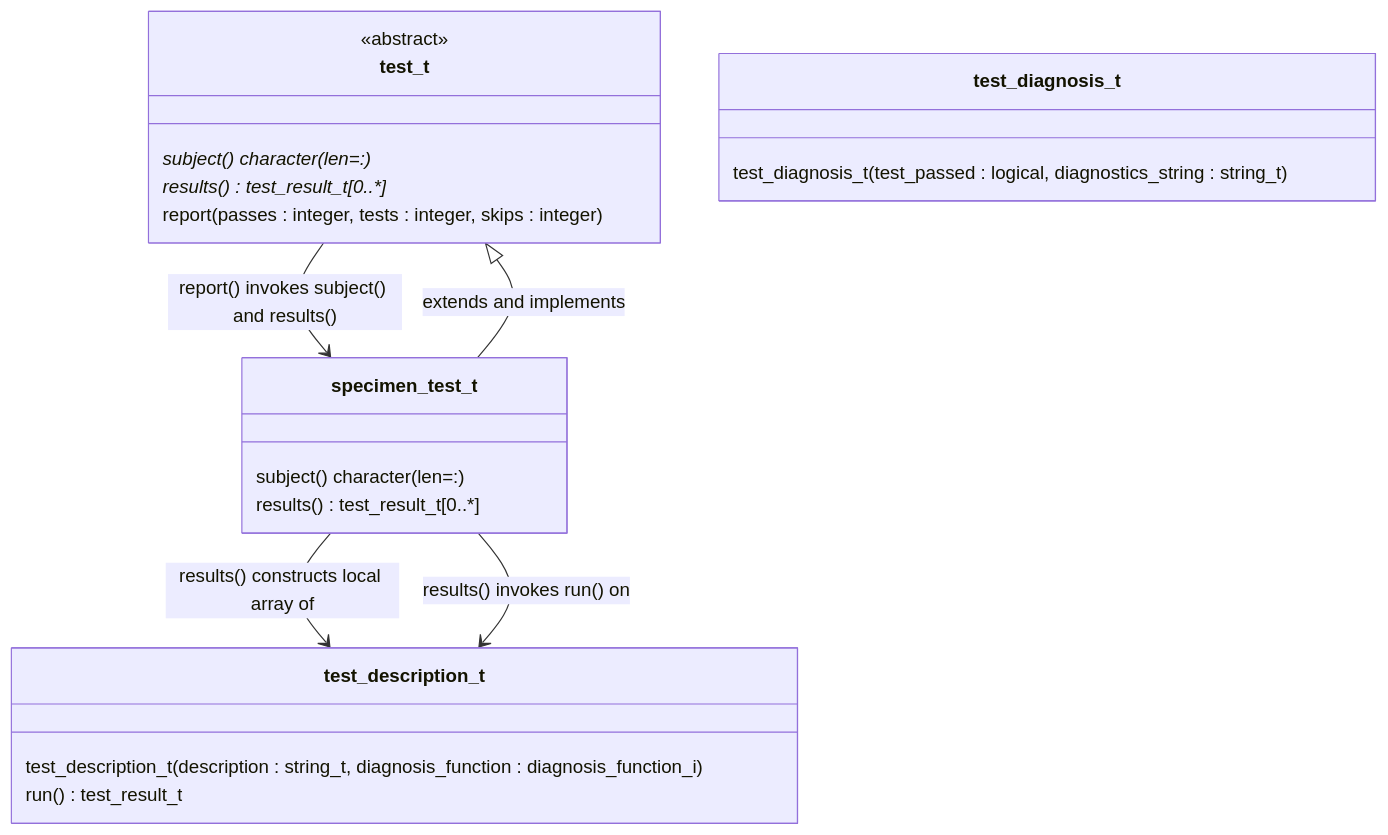
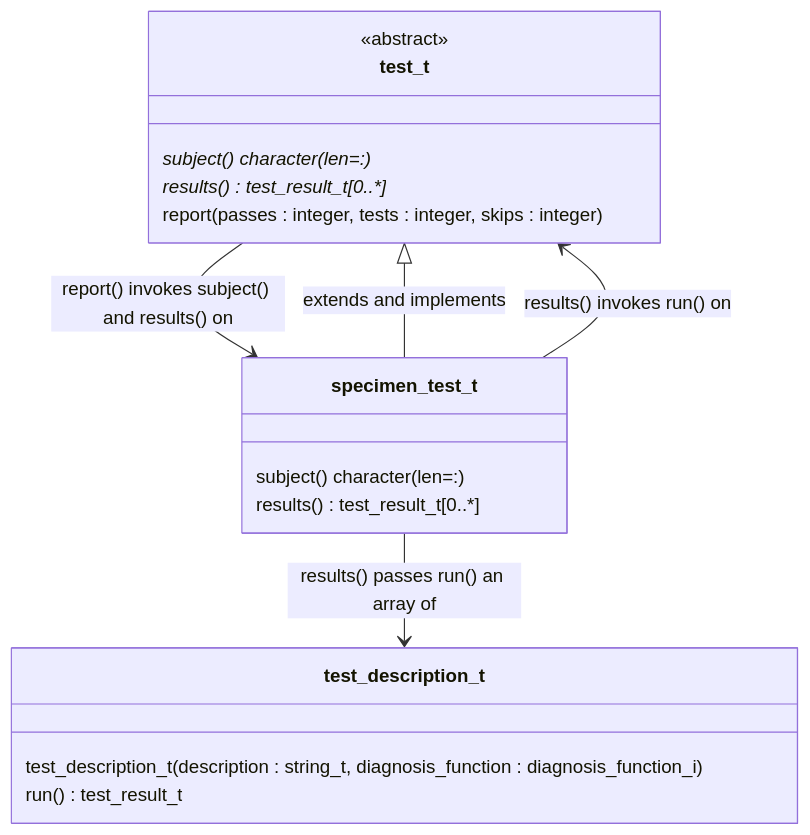
One commit to BerkeleyLab/julienne changed the fourth of 5 diagrams in demo/README.md. Above: the diagram before and after it, drawn with Mermaid. The commit also changed other lines of this file, not shown here.

````diff
--- a/demo/README.md
+++ b/demo/README.md
@@ -178,29 +182,25 @@
 ```mermaid
  %%{init: { 'theme':'default',  "class" : {"hideEmptyMembersBox": true} } }%%
 classDiagram
 
 class test_t{
     <<abstract>>
     subject() character(len=:) *
     results() test_result_t[0..*] *
     report(passes : integer, tests : integer, skips : integer)
 }
-test_t --> specimen_test_t : report() invokes subject() and results()
+test_t --> specimen_test_t : report() invokes subject() and results() on
 
 class specimen_test_t{
     subject() character(len=:)
     results() test_result_t[0..*]
 }
 specimen_test_t --|> test_t : extends and implements
-specimen_test_t --> test_description_t : results() constructs local array of
-specimen_test_t --> test_description_t : results() invokes run() on
+specimen_test_t --> test_description_t : results() passes run() an array of
+specimen_test_t --> test_t : results() invokes run() on
 
 class test_description_t{
     test_description_t(description : string_t, diagnosis_function : diagnosis_function_i)
     run() test_result_t
 }
-
-class test_diagnosis_t{
-    test_diagnosis_t(test_passed : logical, diagnostics_string : string_t)
-}
 ```
````
